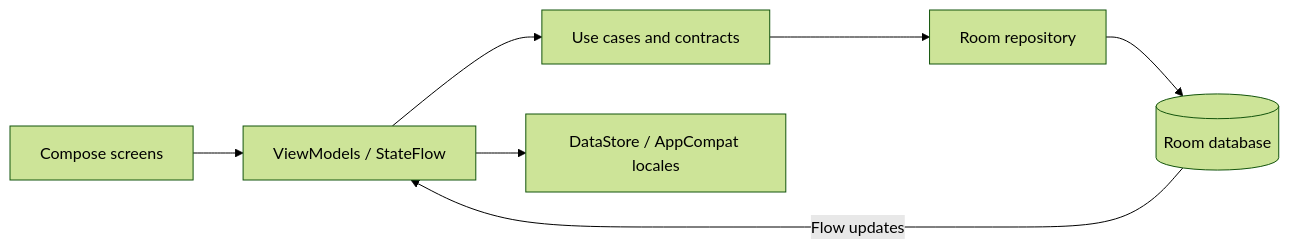
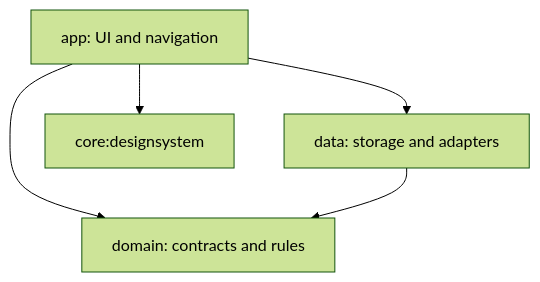
Before and after one commit to JRustam/Ledgerly: the diagram in README.md, drawn with Mermaid (forest theme). The commit also changed other lines of this file and 156 other files, not shown here.

First line of the commit message:
feat: add local profile and complete Ledgerly architecture and localization milestones

````diff
--- a/README.md
+++ b/README.md
@@ -93,9 +41,7 @@
 ```mermaid
-flowchart LR
-    UI[Compose screens] --> VM[ViewModels / StateFlow]
-    VM --> Domain[Use cases and contracts]
-    Domain --> Repo[Room repository]
-    Repo --> DB[(Room database)]
-    DB -->|Flow updates| VM
-    VM --> Preferences[DataStore / AppCompat locales]
+flowchart TD
+    App[app: UI and navigation] --> Domain[domain: contracts and rules]
+    App --> Data[data: storage and adapters]
+    App --> Design[core:designsystem]
+    Data --> Domain
 ```
````
